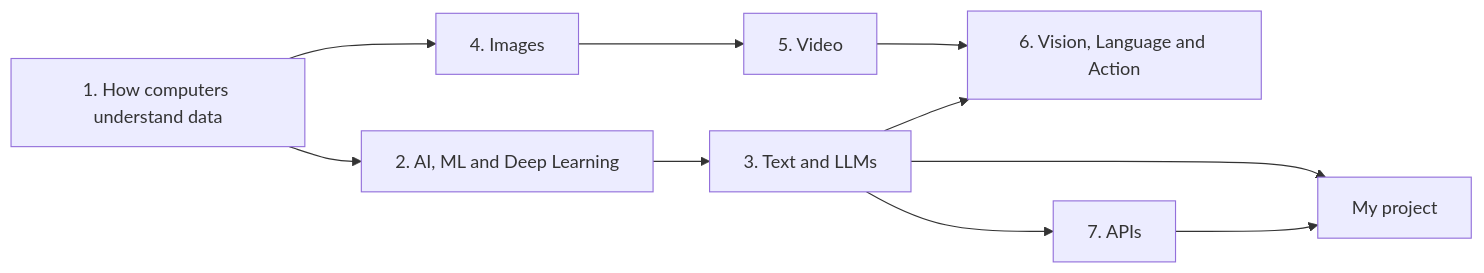
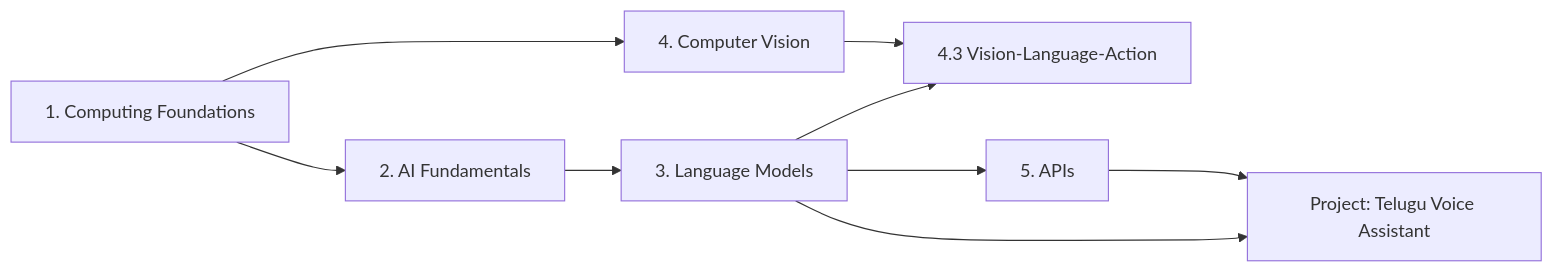
One commit to SEVT-Logistics-Private-Limited/Ai-Engineering-Handbook changed the first of 3 diagrams in README.md. Above: the diagram before and after it, drawn with Mermaid. The commit also changed other lines of this file and 58 other files, not shown here.

````diff
--- a/README.md
+++ b/README.md
@@ -15,12 +48,11 @@
 ```mermaid
 flowchart LR
-    A["1. How computers understand data"] --> B["2. AI, ML and Deep Learning"]
-    B --> C["3. Text and LLMs"]
-    A --> D["4. Images"]
-    D --> E["5. Video"]
-    C --> F["6. Vision, Language and Action"]
-    E --> F
-    C --> G["7. APIs"]
-    G --> H["My project"]
-    C --> H
+    A["1. Computing Foundations"] --> B["2. AI Fundamentals"]
+    B --> C["3. Language Models"]
+    A --> D["4. Computer Vision"]
+    C --> D3["4.3 Vision-Language-Action"]
+    D --> D3
+    C --> E["5. APIs"]
+    C --> P["Project: Telugu Voice Assistant"]
+    E --> P
 ```
````
